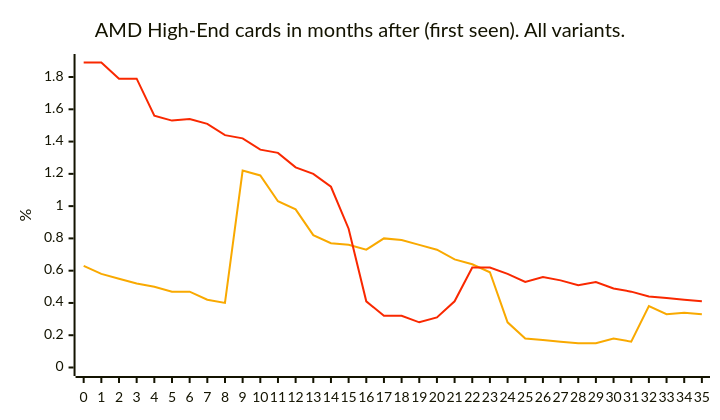
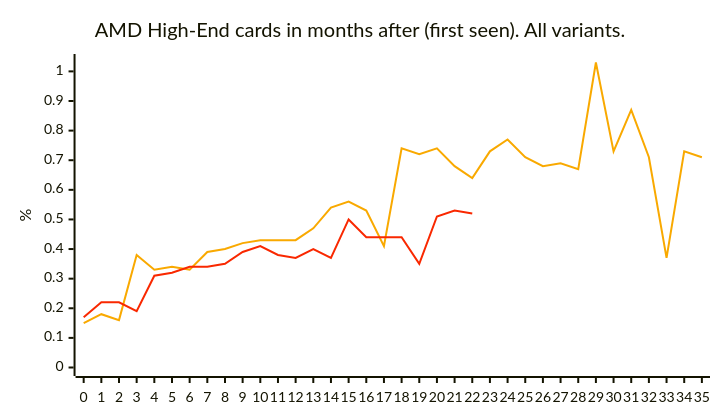
Before and after one commit to jdegene/birch-mapping: the fifth of 5 diagrams in README.md, drawn with Mermaid. The commit also changed other lines of this file, not shown here.

````diff
--- a/README.md
+++ b/README.md
@@ -129,23 +129,23 @@
 ```mermaid
 ---
 config:
     xyChart:
         width: 700
         height: 400
         
     themeVariables:
         xyChart:
             plotColorPalette: "#51a8a6,#f9a900,#f92800,#d92080,#8a52a6"
 
 --- 
 
 
 xychart-beta
     title "AMD High-End cards in months after (first seen). All variants."
     x-axis[0, 1, 2, 3, 4, 5, 6, 7, 8, 9, 10, 11, 12, 13, 14, 15, 16, 17, 18, 19, 20, 21, 22, 23, 24, 25, 26, 27, 28, 29, 30, 31, 32, 33, 34, 35]
     y-axis "%" 
     line [0]
-    line [0.63, 0.58, 0.5499999999999999, 0.52, 0.5, 0.47000000000000003, 0.47000000000000003, 0.42, 0.4, 1.22, 1.1900000000000002, 1.03, 0.98, 0.8200000000000001, 0.77, 0.7599999999999999, 0.73, 0.8, 0.79, 0.76, 0.73, 0.6699999999999999, 0.64, 0.59, 0.27999999999999997, 0.18, 0.16999999999999998, 0.16, 0.15, 0.15, 0.18, 0.16, 0.38, 0.33, 0.34, 0.33]
-    line [1.8900000000000001, 1.8900000000000001, 1.79, 1.79, 1.5599999999999998, 1.53, 1.54, 1.51, 1.44, 1.4200000000000002, 1.35, 1.3299999999999998, 1.24, 1.2, 1.1199999999999999, 0.86, 0.41000000000000003, 0.32, 0.32, 0.27999999999999997, 0.31, 0.41000000000000003, 0.62, 0.62, 0.58, 0.53, 0.5599999999999999, 0.54, 0.51, 0.53, 0.49, 0.47000000000000003, 0.44, 0.43, 0.42, 0.41000000000000003]
+    line [0.15, 0.18, 0.16, 0.38, 0.33, 0.34, 0.33, 0.38999999999999996, 0.4, 0.42000000000000004, 0.43, 0.43, 0.43, 0.4699999999999999, 0.54, 0.5599999999999999, 0.53, 0.4099999999999999, 0.74, 0.72, 0.74, 0.68, 0.64, 0.73, 0.77, 0.71, 0.68, 0.69, 0.67, 1.03, 0.73, 0.8699999999999999, 0.7100000000000001, 0.37, 0.7299999999999999, 0.7100000000000001]
+    line [0.16999999999999998, 0.22, 0.22, 0.19, 0.31, 0.32, 0.33999999999999997, 0.33999999999999997, 0.35000000000000003, 0.38999999999999996, 0.41000000000000003, 0.38, 0.37, 0.4, 0.37, 0.5, 0.44, 0.44, 0.44, 0.35000000000000003, 0.51, 0.53, 0.52]
     line [0]
 ``` 
````
